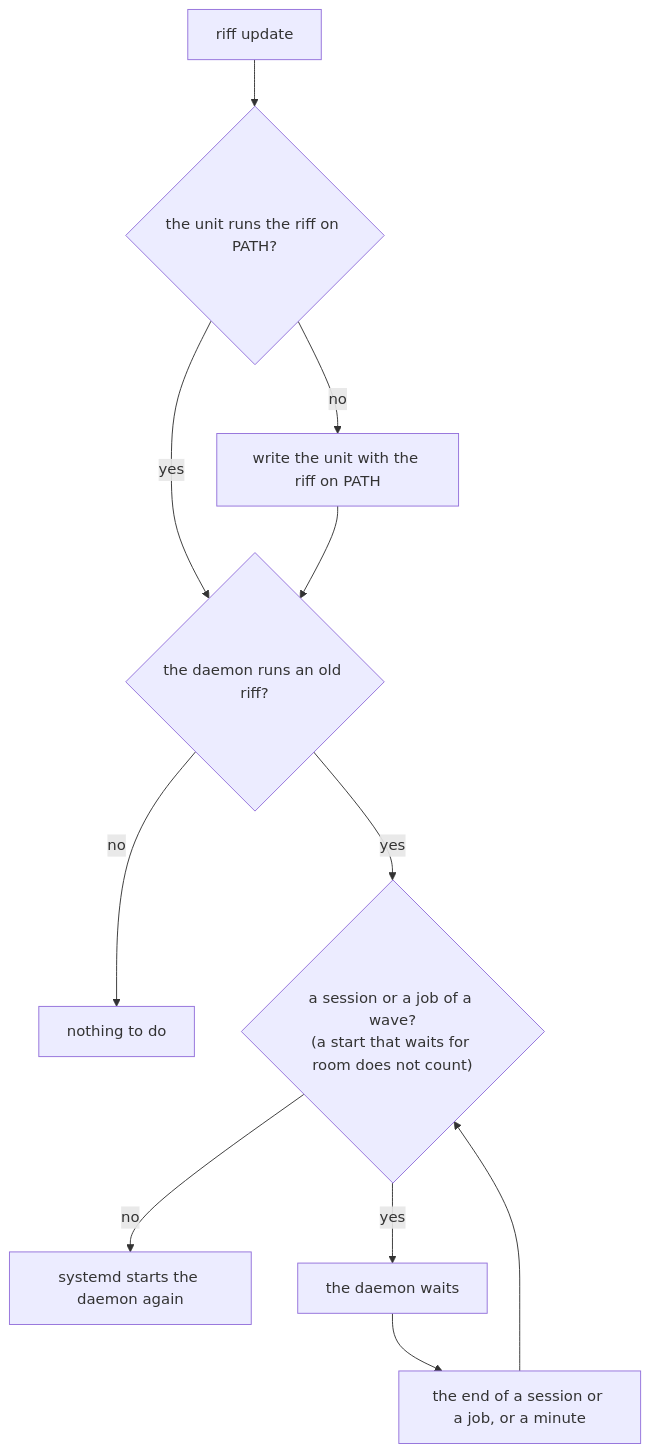
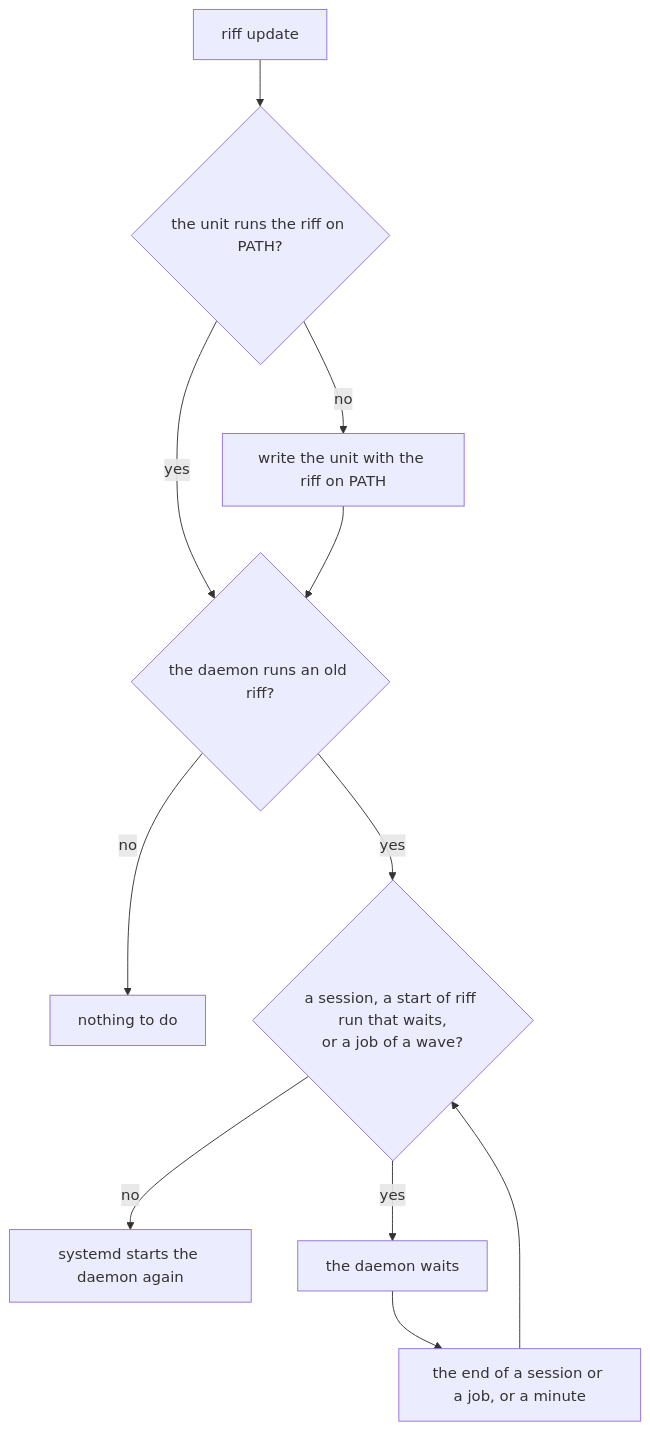
Before and after one commit to como-technologies/riff: the seventh of 57 diagrams in docs/src/how-it-works.md, drawn with Mermaid. The commit also changed other lines of this file and 4 other files, not shown here.

Commit message:
Only a start of a wave that waits for room does not keep the riff daemon on an old riff

````diff
--- a/docs/src/how-it-works.md
+++ b/docs/src/how-it-works.md
@@ -615,13 +616,13 @@
 ```mermaid
 flowchart TD
     U["riff update"] --> X{"the unit runs the riff on PATH?"}
     X -- no --> W["write the unit with the riff on PATH"]
     X -- yes --> O
     W --> O{"the daemon runs an old riff?"}
     O -- no --> N["nothing to do"]
-    O -- yes --> B{"a session or a job of a wave?<br/>(a start that waits for room does not count)"}
+    O -- yes --> B{"a session, a start of riff run that waits,<br/>or a job of a wave?"}
     B -- no --> R["systemd starts the daemon again"]
     B -- yes --> L["the daemon waits"]
     L --> E["the end of a session or a job, or a minute"]
     E --> B
 ```
````
